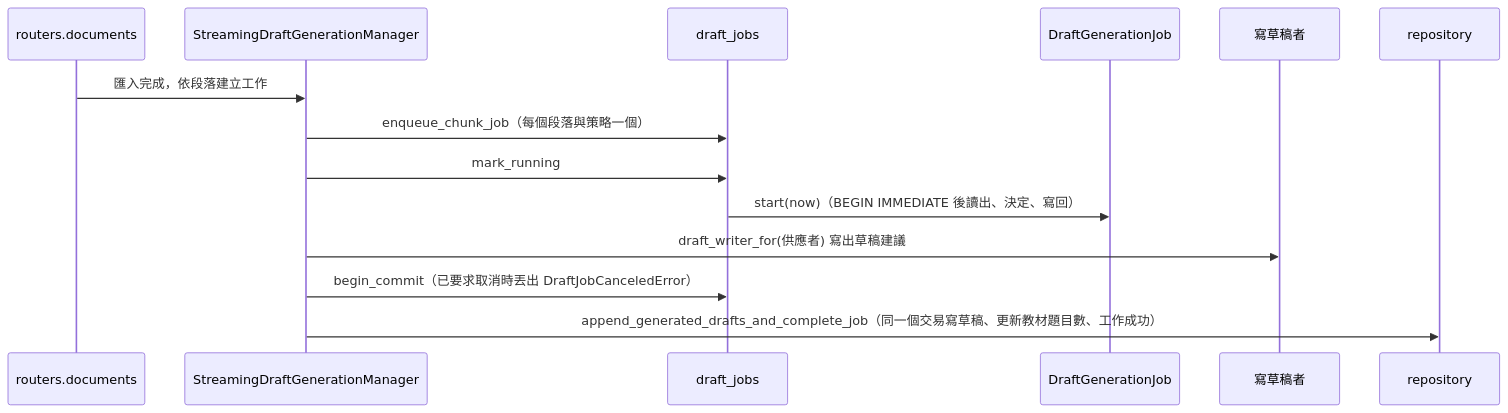
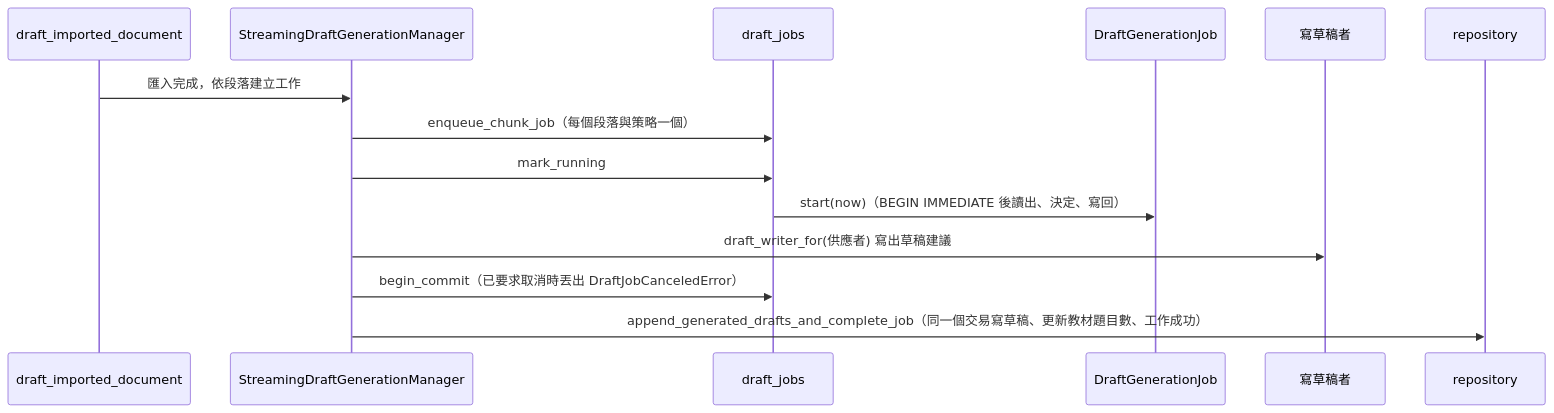
One commit to WodenWang820118/cert-prep changed the third of 4 diagrams in docs/domain/authoring.md. Above: the diagram before and after it, drawn with Mermaid. The commit also changed other lines of this file and 36 other files, not shown here.

First line of the commit message:
refactor(backend): move document and operation rules out of routers (DDD step C6)

````diff
--- a/docs/domain/authoring.md
+++ b/docs/domain/authoring.md
@@ -143,16 +144,16 @@
 ```mermaid
 sequenceDiagram
-  participant Import as routers.documents
+  participant Import as draft_imported_document
   participant Manager as StreamingDraftGenerationManager
   participant Jobs as draft_jobs
   participant Job as DraftGenerationJob
   participant Writer as 寫草稿者
   participant Drafts as repository
   Import->>Manager: 匯入完成，依段落建立工作
   Manager->>Jobs: enqueue_chunk_job（每個段落與策略一個）
   Manager->>Jobs: mark_running
   Jobs->>Job: start(now)（BEGIN IMMEDIATE 後讀出、決定、寫回）
   Manager->>Writer: draft_writer_for(供應者) 寫出草稿建議
   Manager->>Jobs: begin_commit（已要求取消時丟出 DraftJobCanceledError）
   Manager->>Drafts: append_generated_drafts_and_complete_job（同一個交易寫草稿、更新教材題目數、工作成功）
 ```
````
